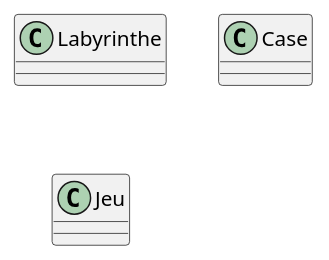
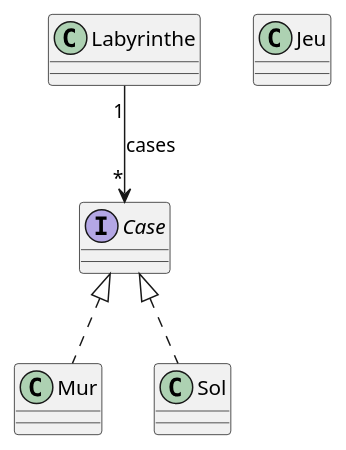
One commit to MichelGrolet/2d-game changed the diagram in documents/version_1/diagramme.puml. Above: the diagram before and after it, drawn with PlantUML. The commit also changed 1 other file, not shown here.

```diff
--- a/documents/version_1/diagramme.puml
+++ b/documents/version_1/diagramme.puml
@@ -1,17 +1,26 @@
 @startuml
 
 class Labyrinthe {
 
 }
+Labyrinthe "1" --> "*" Case : cases
 
-class Case {
+interface Case {
+
+}
+
+class Mur implements Case {
+
+}
+
+class Sol implements Case {
 
 }
 
 class Jeu {
 
 }
 
 
 
 @enduml
```
